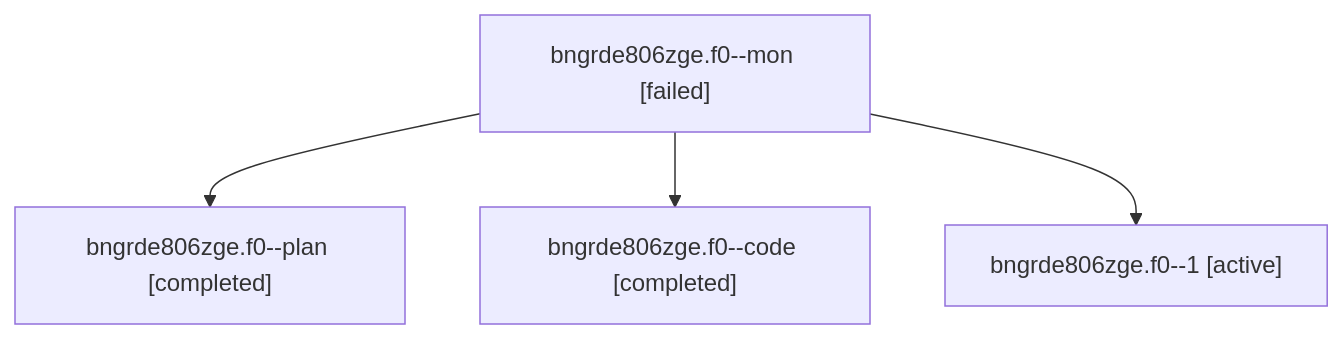
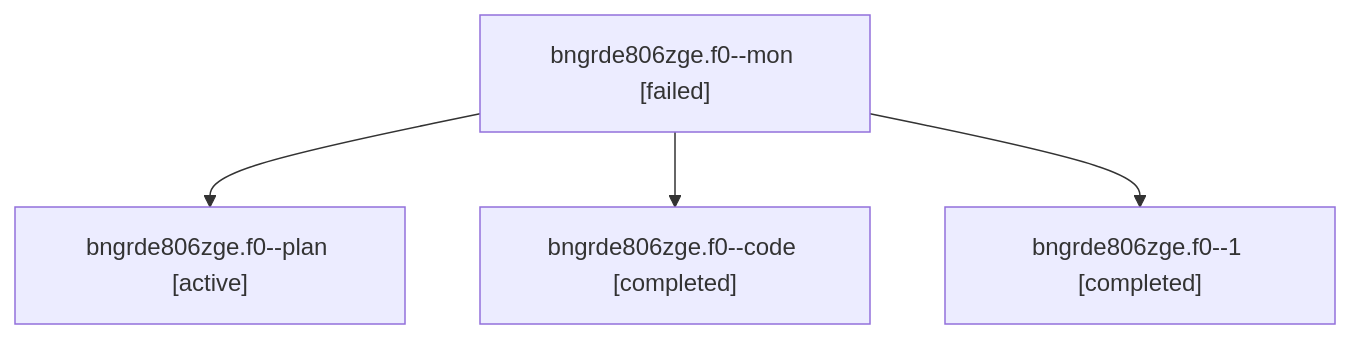
Before and after one commit to sase-org/sase--agents: the diagram in families/bbugyi200.athena.bngrde806zge.f0.md, drawn with Mermaid. The commit also changed other lines of this file and 35830 other files, not shown here.

````diff
--- a/families/bbugyi200.athena.bngrde806zge.f0.md
+++ b/families/bbugyi200.athena.bngrde806zge.f0.md
@@ -9,10 +9,10 @@
 ```mermaid
 flowchart TD
   n0["bngrde806zge.f0--mon [failed]"]
-  n1["bngrde806zge.f0--plan [completed]"]
+  n1["bngrde806zge.f0--plan [active]"]
   n0 --> n1
   n2["bngrde806zge.f0--code [completed]"]
   n0 --> n2
-  n3["bngrde806zge.f0--1 [active]"]
+  n3["bngrde806zge.f0--1 [completed]"]
   n0 --> n3
 ```
````
